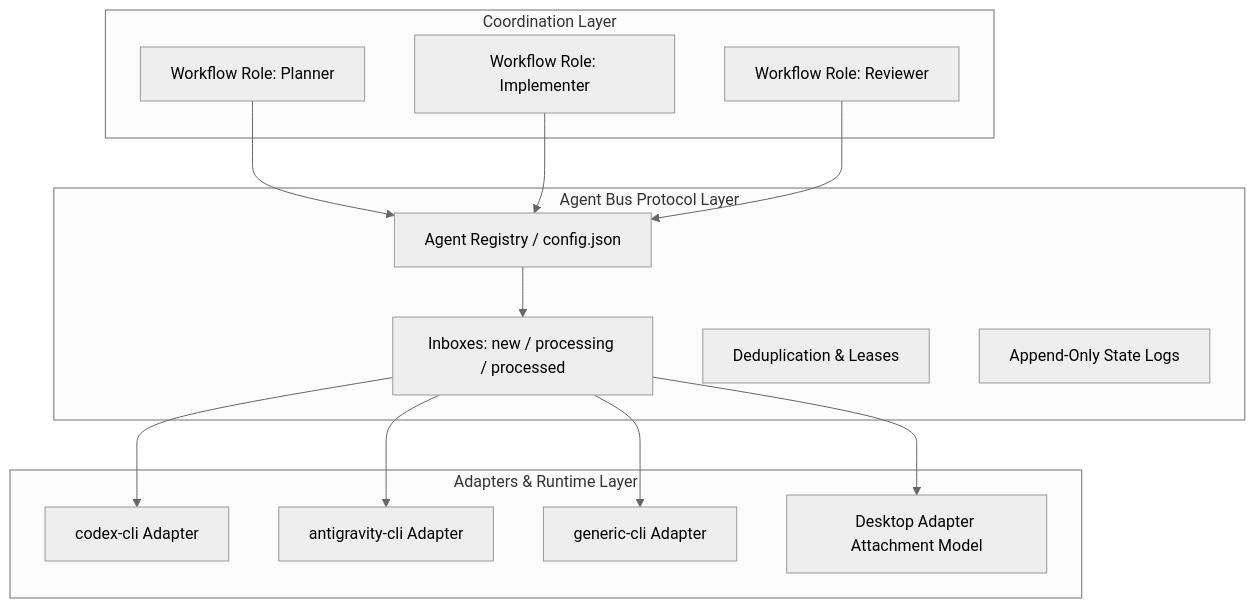
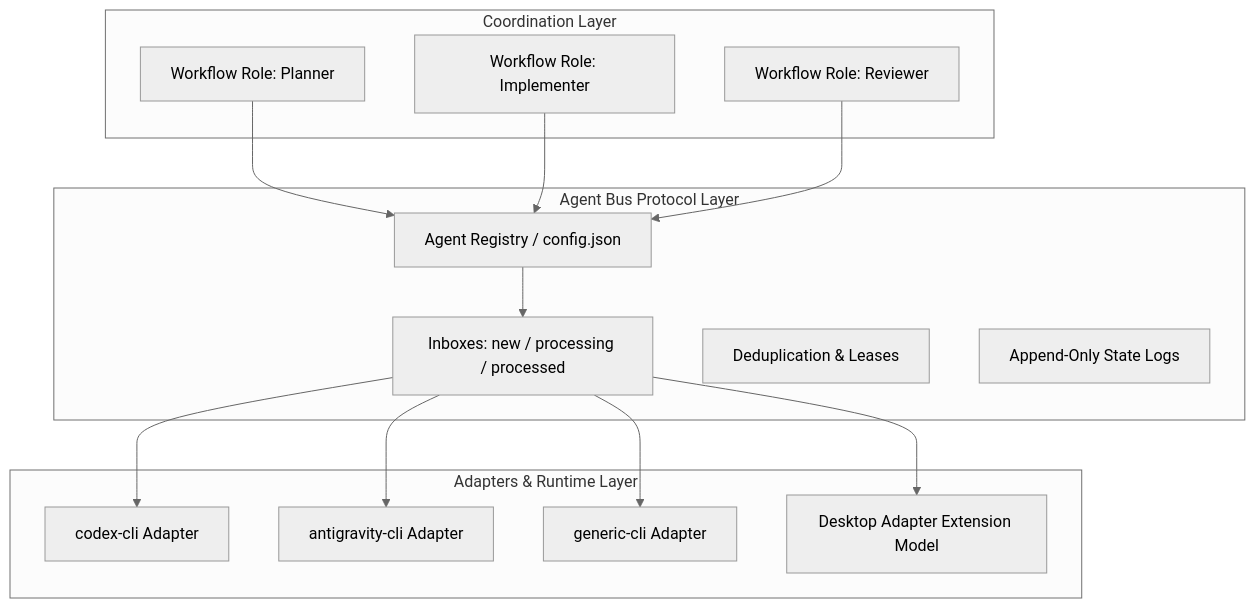
Before and after one commit to hogancv/coordinate-agents: the diagram in README.md, drawn with Mermaid (neutral theme). The commit also changed other lines of this file and 13 other files, not shown here.

````diff
--- a/README.md
+++ b/README.md
@@ -58,28 +58,28 @@
 ```mermaid
 graph TD
     subgraph Coordination Layer
         P[Workflow Role: Planner]
         I[Workflow Role: Implementer]
         R[Workflow Role: Reviewer]
     end
     subgraph Agent Bus Protocol Layer
         REG[Agent Registry / config.json]
         Q[Inboxes: new / processing / processed]
         DEDUPE[Deduplication & Leases]
         STATE[Append-Only State Logs]
     end
     subgraph Adapters & Runtime Layer
         A1[codex-cli Adapter]
         A2[antigravity-cli Adapter]
         A3[generic-cli Adapter]
-        A4[Desktop Adapter Attachment Model]
+        A4[Desktop Adapter Extension Model]
     end
     P --> REG
     I --> REG
     R --> REG
     REG --> Q
     Q --> A1
     Q --> A2
     Q --> A3
     Q --> A4
 ```
````
